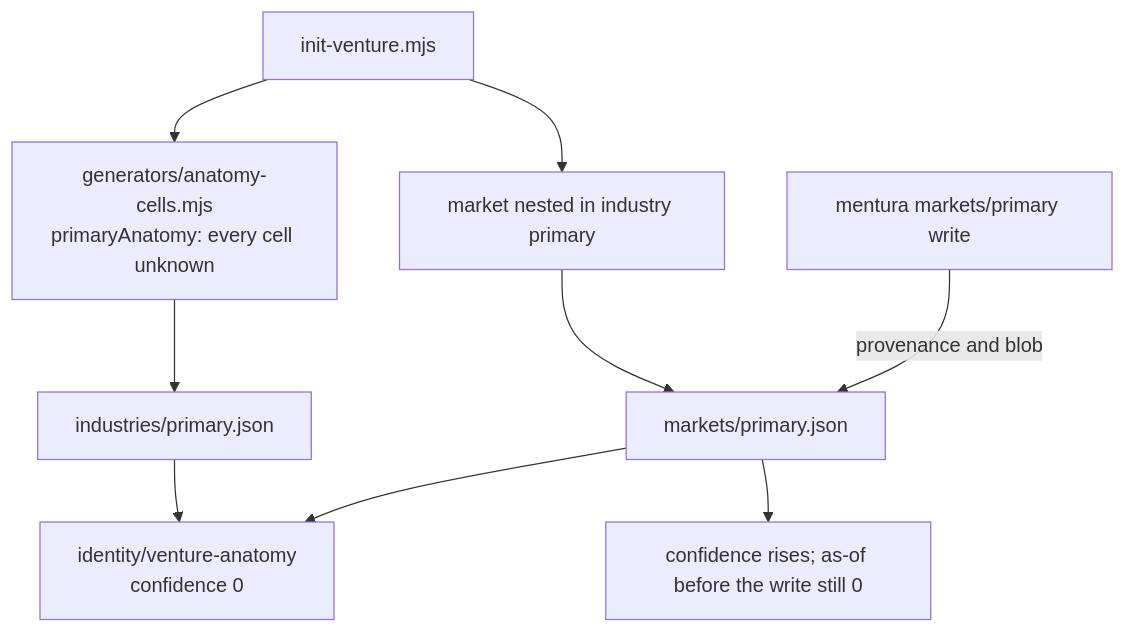
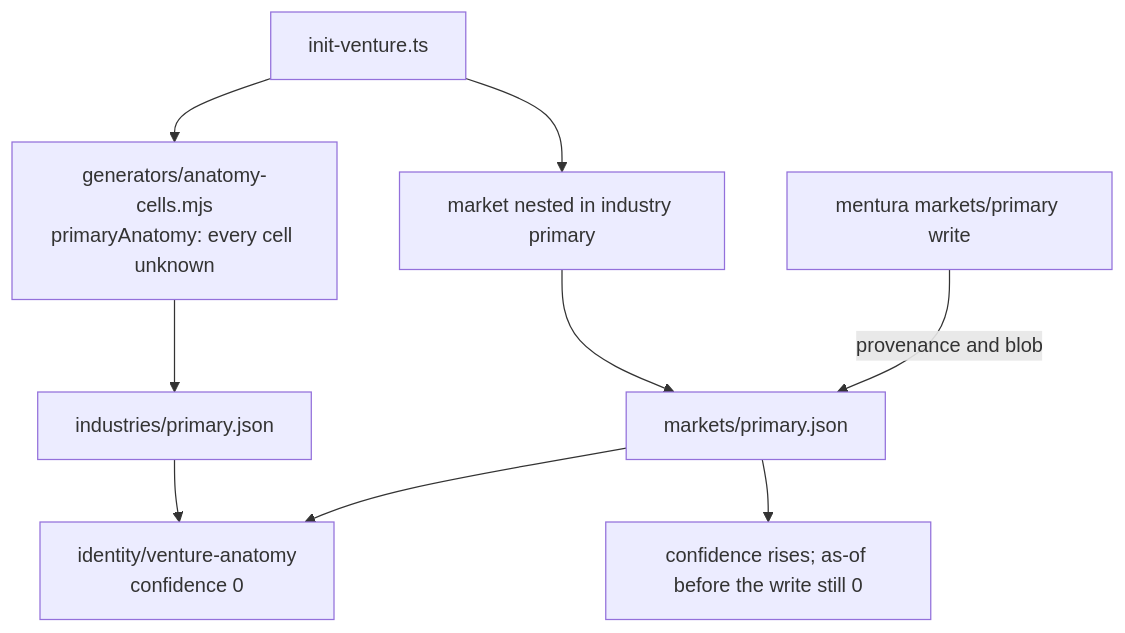
One commit to tchjhnsn/Naive changed the third of 3 diagrams in docs/design/VENTURE_ANATOMY_MATRIX_2026-11-22.md. Above: the diagram before and after it, drawn with Mermaid. The commit also changed other lines of this file and 895 other files, not shown here.

````diff
--- a/docs/design/VENTURE_ANATOMY_MATRIX_2026-11-22.md
+++ b/docs/design/VENTURE_ANATOMY_MATRIX_2026-11-22.md
@@ -152,11 +152,11 @@
 ```mermaid
 flowchart TD
-  I["init-venture.mjs"] --> G1["generators/anatomy-cells.mjs<br/>primaryAnatomy: every cell unknown"]
+  I["init-venture.ts"] --> G1["generators/anatomy-cells.mjs<br/>primaryAnatomy: every cell unknown"]
   I --> G2["market nested in industry primary"]
   G1 --> F1["industries/primary.json"]
   G2 --> F2["markets/primary.json"]
   F1 --> M["identity/venture-anatomy<br/>confidence 0"]
   F2 --> M
   W["mentura markets/primary write"] -->|provenance and blob| F2
   F2 --> M2["confidence rises; as-of before the write still 0"]
 ```
````
